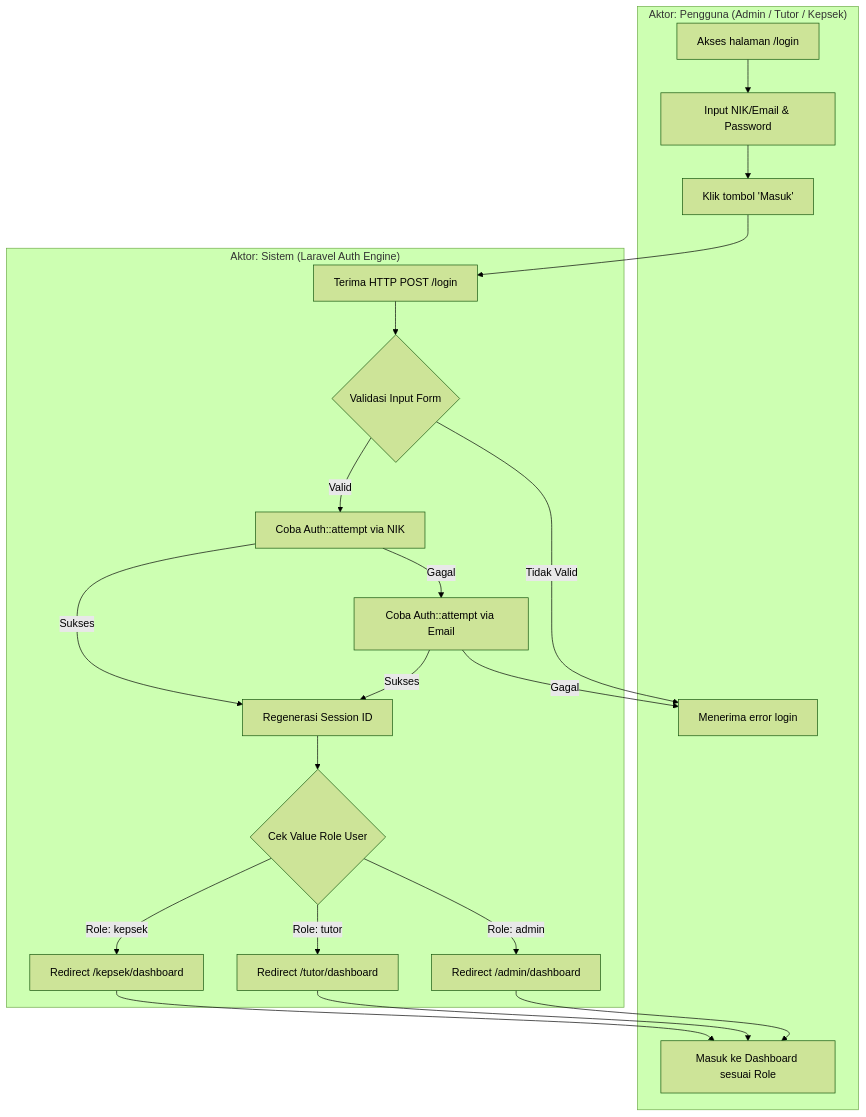
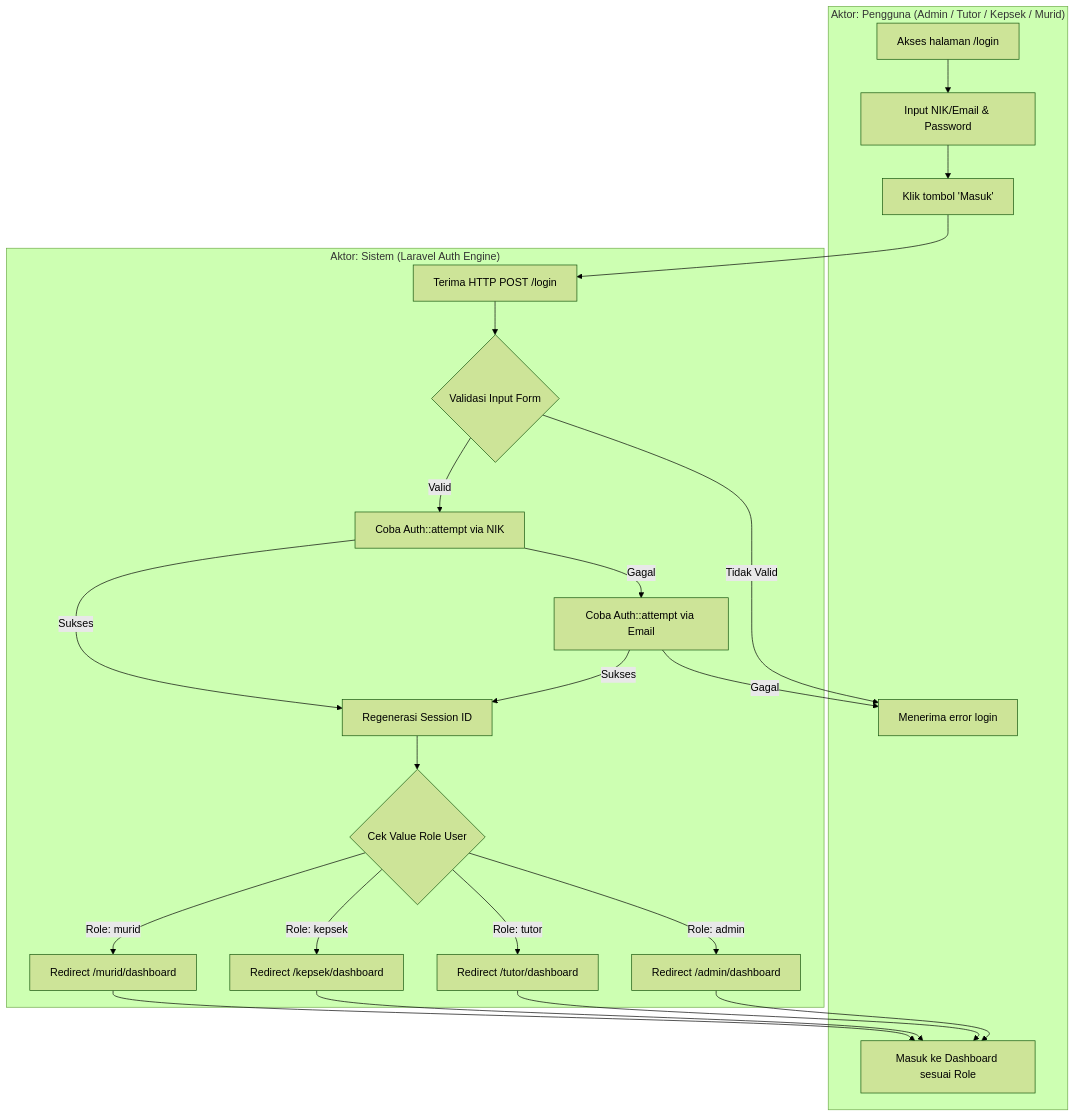
Before and after one commit to 4lliiifffff/pengembangan-presensi-pkbmpikat: the first of 6 diagrams in docs/analisis_alur_sistem_dan_proses_bisnis_swimlane.md, drawn with Mermaid (forest theme). The commit also changed other lines of this file and 25 other files, not shown here.

````diff
--- a/docs/analisis_alur_sistem_dan_proses_bisnis_swimlane.md
+++ b/docs/analisis_alur_sistem_dan_proses_bisnis_swimlane.md
@@ -49,28 +51,30 @@
 ```mermaid
 graph TB
-    subgraph Pengguna [" Aktor: Pengguna (Admin / Tutor / Kepsek) "]
+    subgraph Pengguna [" Aktor: Pengguna (Admin / Tutor / Kepsek / Murid) "]
         A1[Akses halaman /login] --> A2[Input NIK/Email & Password]
         A2 --> A3[Klik tombol 'Masuk']
         A6[Menerima error login]
         A7[Masuk ke Dashboard sesuai Role]
     end
 
     subgraph Backend [" Aktor: Sistem (Laravel Auth Engine) "]
         A3 --> B1[Terima HTTP POST /login]
         B1 --> B2{Validasi Input Form}
         B2 -- Tidak Valid --> A6
         B2 -- Valid --> B3[Coba Auth::attempt via NIK]
         B3 -- Gagal --> B4[Coba Auth::attempt via Email]
         B3 -- Sukses --> B5[Regenerasi Session ID]
         B4 -- Gagal --> A6
         B4 -- Sukses --> B5
         B5 --> B6{Cek Value Role User}
         B6 -- Role: admin --> B7[Redirect /admin/dashboard]
         B6 -- Role: tutor --> B8[Redirect /tutor/dashboard]
         B6 -- Role: kepsek --> B9[Redirect /kepsek/dashboard]
+        B6 -- Role: murid --> B10[Redirect /murid/dashboard]
     end
 
     B7 --> A7
     B8 --> A7
     B9 --> A7
+    B10 --> A7
 ```
````
